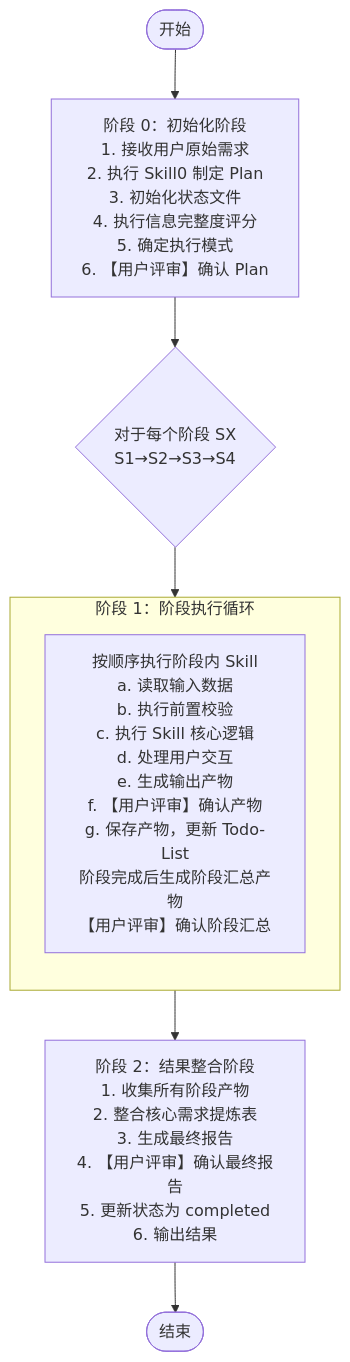
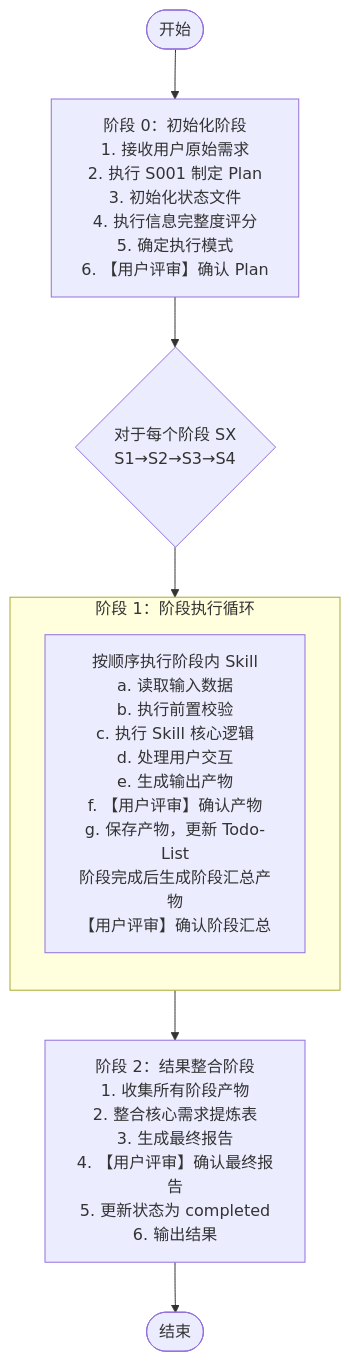
The second of 9 diagrams in WORKFLOW.md (HeartFlying/swf), drawn with Mermaid before and after one commit. The commit also changed other lines of this file and 82 other files, not shown here.

````diff
--- a/WORKFLOW.md
+++ b/WORKFLOW.md
@@ -46,16 +46,16 @@
 ```mermaid
 flowchart TD
-    Start([开始]) --> Stage0[阶段 0：初始化阶段<br/>1. 接收用户原始需求<br/>2. 执行 Skill0 制定 Plan<br/>3. 初始化状态文件<br/>4. 执行信息完整度评分<br/>5. 确定执行模式<br/>6. 【用户评审】确认 Plan]
+    Start([开始]) --> Stage0[阶段 0：初始化阶段<br/>1. 接收用户原始需求<br/>2. 执行 S001 制定 Plan<br/>3. 初始化状态文件<br/>4. 执行信息完整度评分<br/>5. 确定执行模式<br/>6. 【用户评审】确认 Plan]
     
     Stage0 --> Stage1{对于每个阶段 SX<br/>S1→S2→S3→S4}
     
     subgraph Stage1Loop[阶段 1：阶段执行循环]
         direction TB
         Stage1LoopContent[按顺序执行阶段内 Skill<br/>a. 读取输入数据<br/>b. 执行前置校验<br/>c. 执行 Skill 核心逻辑<br/>d. 处理用户交互<br/>e. 生成输出产物<br/>f. 【用户评审】确认产物<br/>g. 保存产物，更新 Todo-List<br/>阶段完成后生成阶段汇总产物<br/>【用户评审】确认阶段汇总]
     end
     
     Stage1 --> Stage1Loop
     Stage1Loop --> Stage2[阶段 2：结果整合阶段<br/>1. 收集所有阶段产物<br/>2. 整合核心需求提炼表<br/>3. 生成最终报告<br/>4. 【用户评审】确认最终报告<br/>5. 更新状态为 completed<br/>6. 输出结果]
     
     Stage2 --> EndNode([结束])
 ```
````
